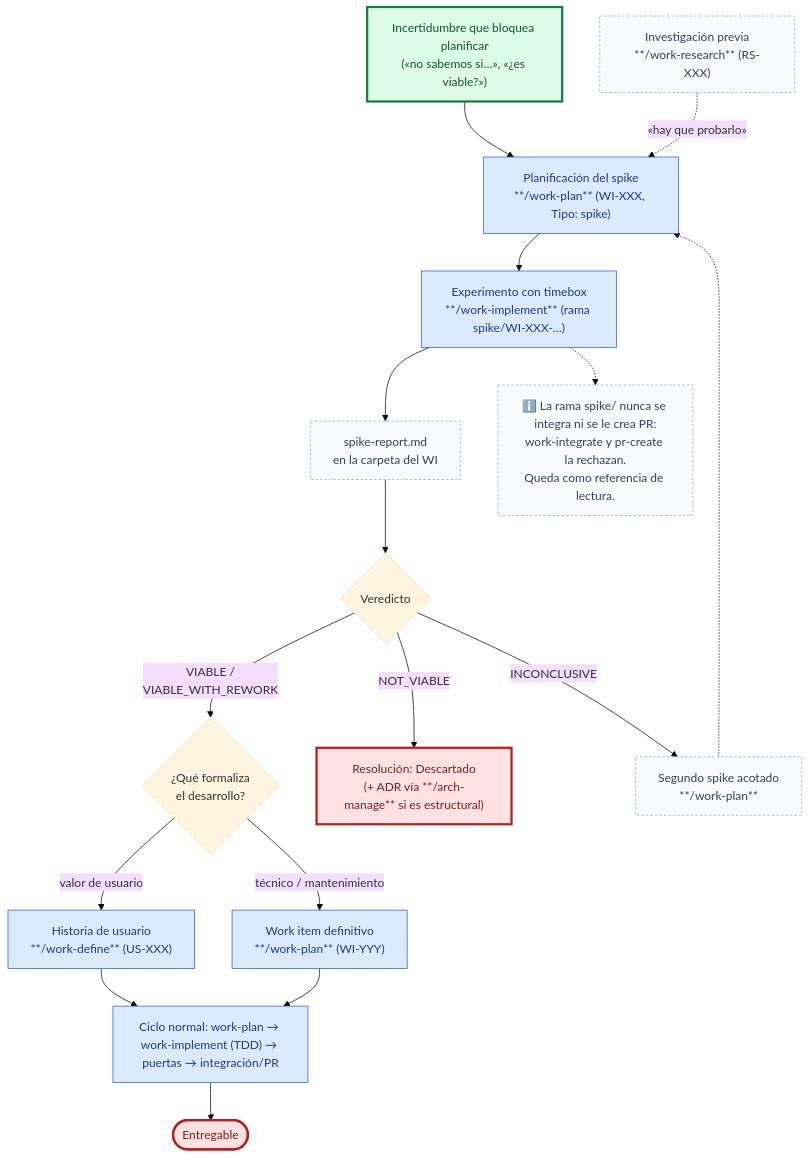
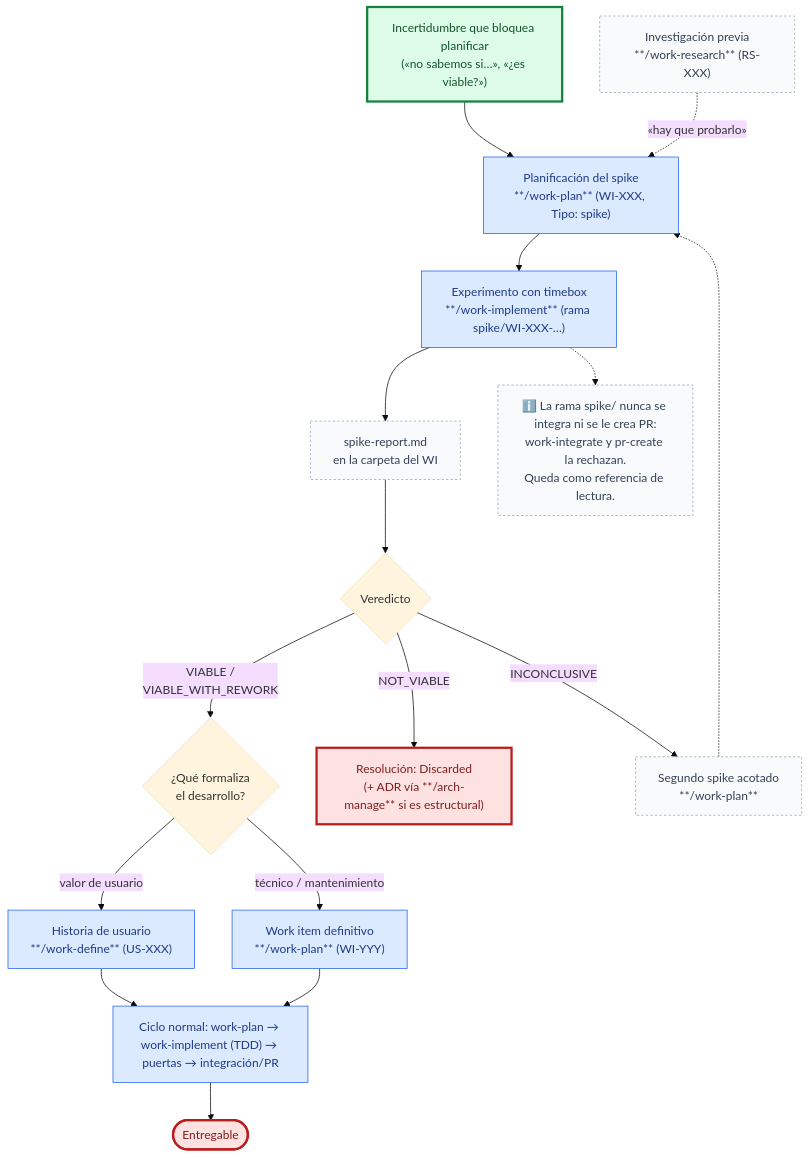
One commit to juanca202/sdd-devkit changed the diagram in docs/use-cases/spike.md. Above: the diagram before and after it, drawn with Mermaid (base theme). The commit also changed other lines of this file and 39 other files, not shown here.

````diff
--- a/docs/use-cases/spike.md
+++ b/docs/use-cases/spike.md
@@ -7,28 +7,28 @@
 ```mermaid
 flowchart TD
     A["Incertidumbre que bloquea planificar<br/>(«no sabemos si…», «¿es viable?»)"] --> E["Planificación del spike<br/>**/work-plan** (WI-XXX, Tipo: spike)"]
     R["Investigación previa<br/>**/work-research** (RS-XXX)"] -.->|"«hay que probarlo»"| E
     E --> G["Experimento con timebox<br/>**/work-implement** (rama spike/WI-XXX-…)"]
     G --> S["spike-report.md<br/>en la carpeta del WI"]
     S --> V{Veredicto}
     V -->|"VIABLE /<br/>VIABLE_WITH_REWORK"| F{"¿Qué formaliza<br/>el desarrollo?"}
     F -->|"valor de usuario"| U["Historia de usuario<br/>**/work-define** (US-XXX)"]
     F -->|"técnico / mantenimiento"| W["Work item definitivo<br/>**/work-plan** (WI-YYY)"]
-    V -->|"NOT_VIABLE"| D["Resolución: Descartado<br/>(+ ADR vía **/arch-manage** si es estructural)"]
+    V -->|"NOT_VIABLE"| D["Resolución: Discarded<br/>(+ ADR vía **/arch-manage** si es estructural)"]
     V -->|"INCONCLUSIVE"| K["Segundo spike acotado<br/>**/work-plan**"]
     K -.-> E
     U --> N["Ciclo normal: work-plan → work-implement (TDD) → puertas → integración/PR"]
     W --> N
     N --> J(["Entregable"])
     NOTE["ℹ️ La rama spike/ nunca se integra ni se le crea PR:<br/>work-integrate y pr-create la rechazan.<br/>Queda como referencia de lectura."]
     G -.-> NOTE
 
     classDef main fill:#dbeafe,stroke:#2563eb,color:#1e3a8a
     classDef entryPoint fill:#dcfce7,stroke:#15803d,stroke-width:3px,color:#14532d
     classDef exitPoint fill:#fee2e2,stroke:#b91c1c,stroke-width:3px,color:#7f1d1d
     classDef note fill:#f8fafc,stroke:#94a3b8,stroke-width:1px,stroke-dasharray:3 3,color:#334155
     class E,G,U,W,N main
     class A entryPoint
     class J,D exitPoint
     class NOTE,R,K,S note
 ```
````
